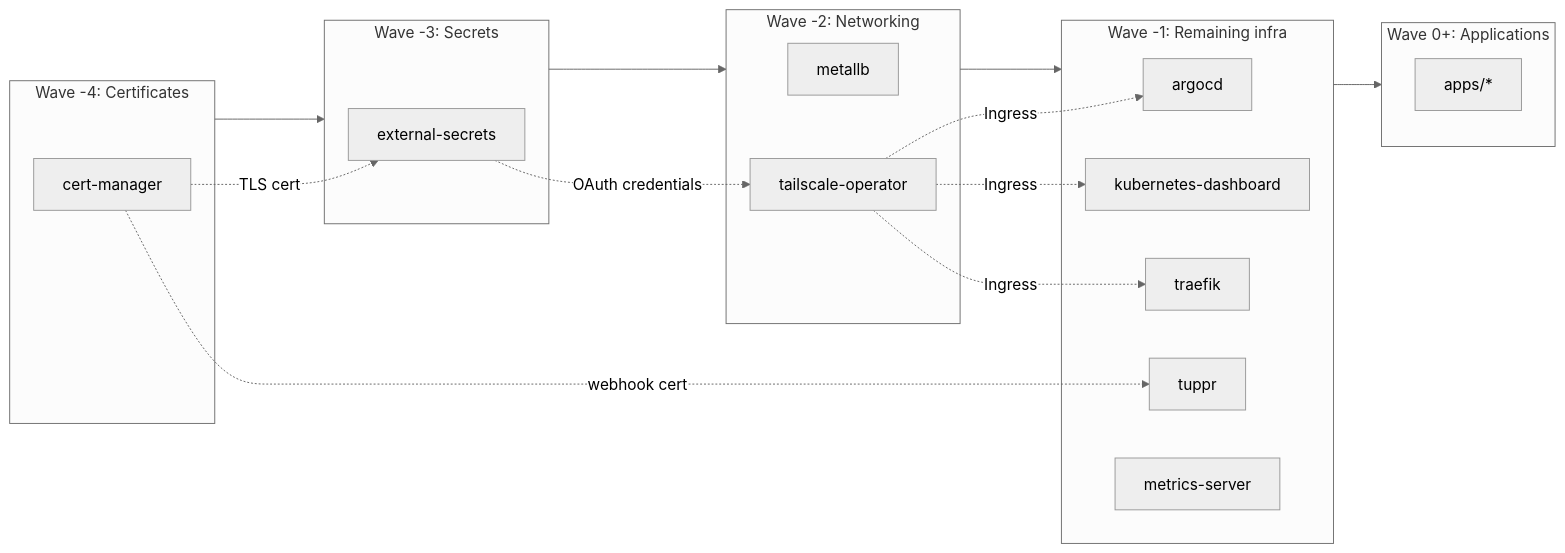
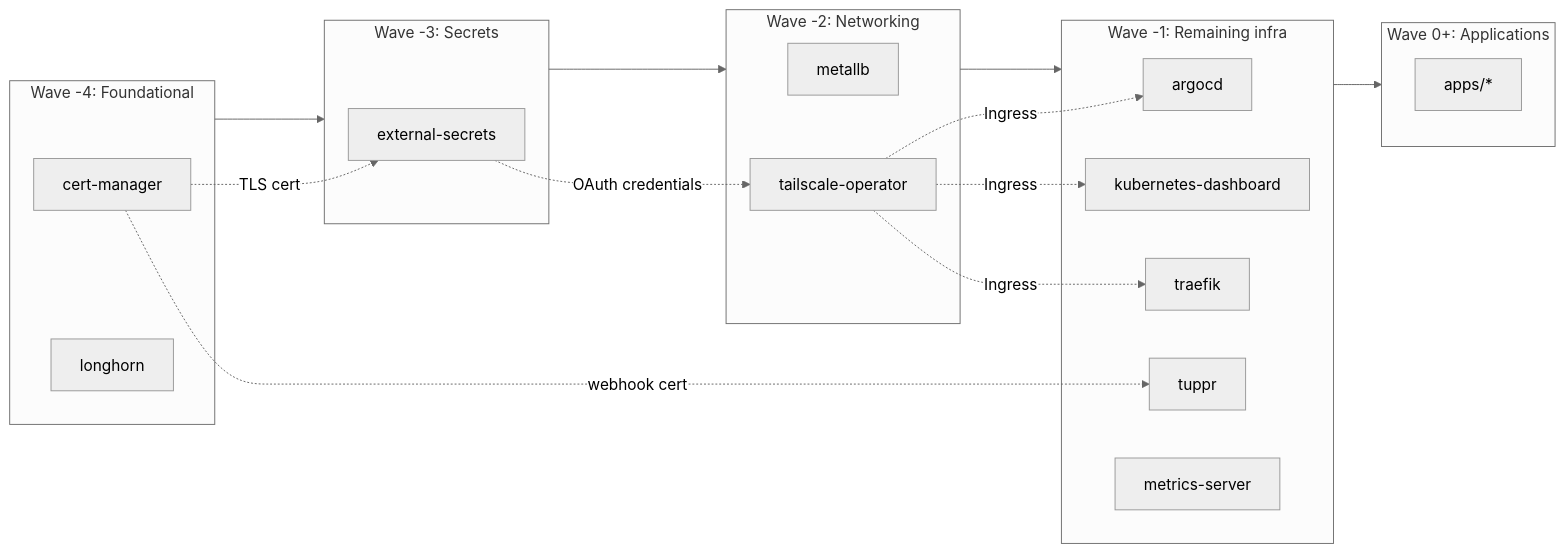
The diagram in kubernetes/README.md (bafulton/homelab), drawn with Mermaid (neutral theme) before and after one commit. The commit also changed other lines of this file and 7 other files, not shown here.

````diff
--- a/kubernetes/README.md
+++ b/kubernetes/README.md
@@ -28,35 +28,36 @@
 ```mermaid
 flowchart LR
-    subgraph wave4[Wave -4: Certificates]
+    subgraph wave4[Wave -4: Foundational]
         cm[cert-manager]
+        lh[longhorn]
     end
 
     subgraph wave3[Wave -3: Secrets]
         es[external-secrets]
     end
 
     subgraph wave2[Wave -2: Networking]
         mlb[metallb]
         ts[tailscale-operator]
     end
 
     subgraph wave1[Wave -1: Remaining infra]
         argo[argocd]
         kd[kubernetes-dashboard]
         tf[traefik]
         tuppr[tuppr]
         ms[metrics-server]
     end
 
     subgraph wave0[Wave 0+: Applications]
         apps[apps/*]
     end
 
     wave4 --> wave3 --> wave2 --> wave1 --> wave0
     cm -.->|TLS cert| es
     cm -.->|webhook cert| tuppr
     es -.->|OAuth credentials| ts
     ts -.->|Ingress| argo
     ts -.->|Ingress| kd
     ts -.->|Ingress| tf
 ```
````
